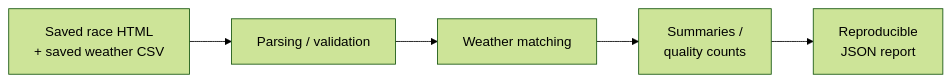
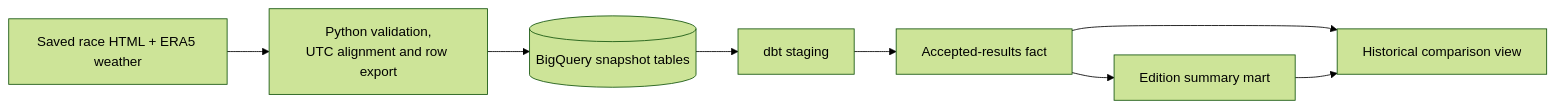
One commit to mifuha/runwx changed the diagram in README.md. Above: the diagram before and after it, drawn with Mermaid (forest theme). The commit also changed other lines of this file and 5 other files, not shown here.

Commit message:
Document verified four-edition historical comparison and integration boundaries

````diff
--- a/README.md
+++ b/README.md
@@ -15,7 +42,10 @@
 ```mermaid
 flowchart LR
-    inputs["Saved race HTML<br/>+ saved weather CSV"] --> parse["Parsing / validation"]
-    parse --> match["Weather matching"]
-    match --> summary["Summaries /<br/>quality counts"]
-    summary --> report["Reproducible<br/>JSON report"]
+    inputs["Saved race HTML + ERA5 weather"] --> python["Python validation,<br/>UTC alignment and row export"]
+    python --> warehouse[("BigQuery snapshot tables")]
+    warehouse --> staging["dbt staging"]
+    staging --> fact["Accepted-results fact"]
+    fact --> mart["Edition summary mart"]
+    fact --> comparison["Historical comparison view"]
+    mart --> comparison
 ```
````
